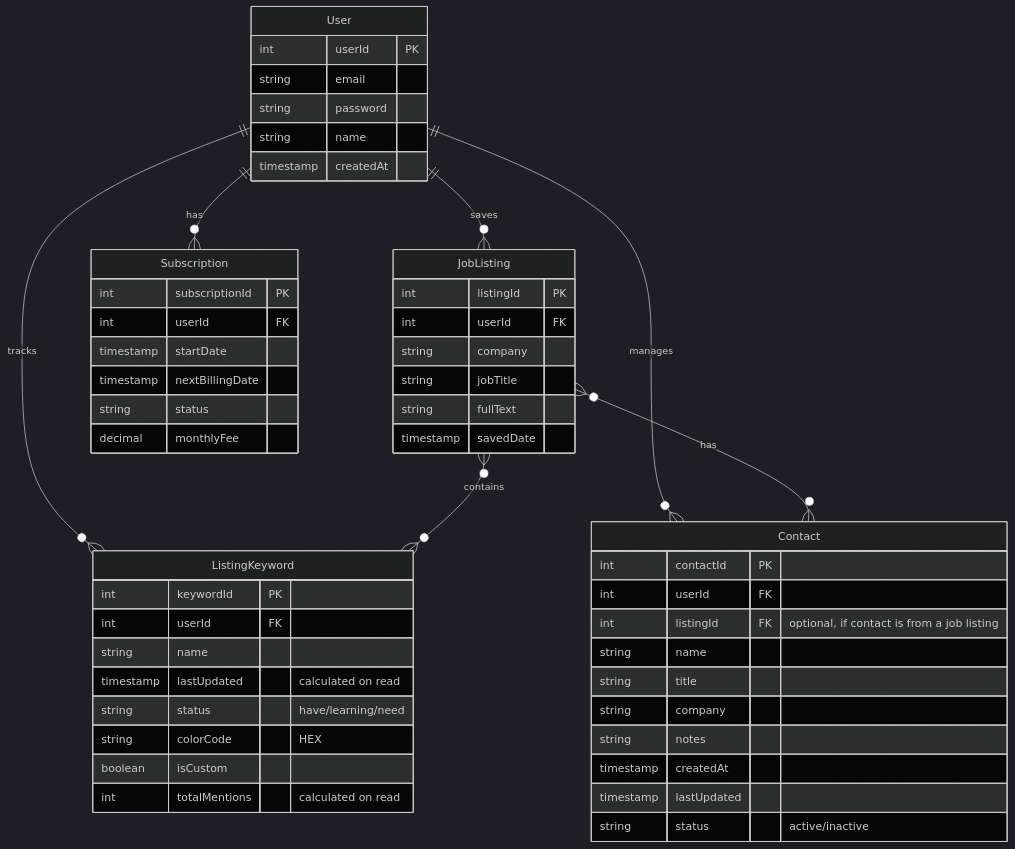
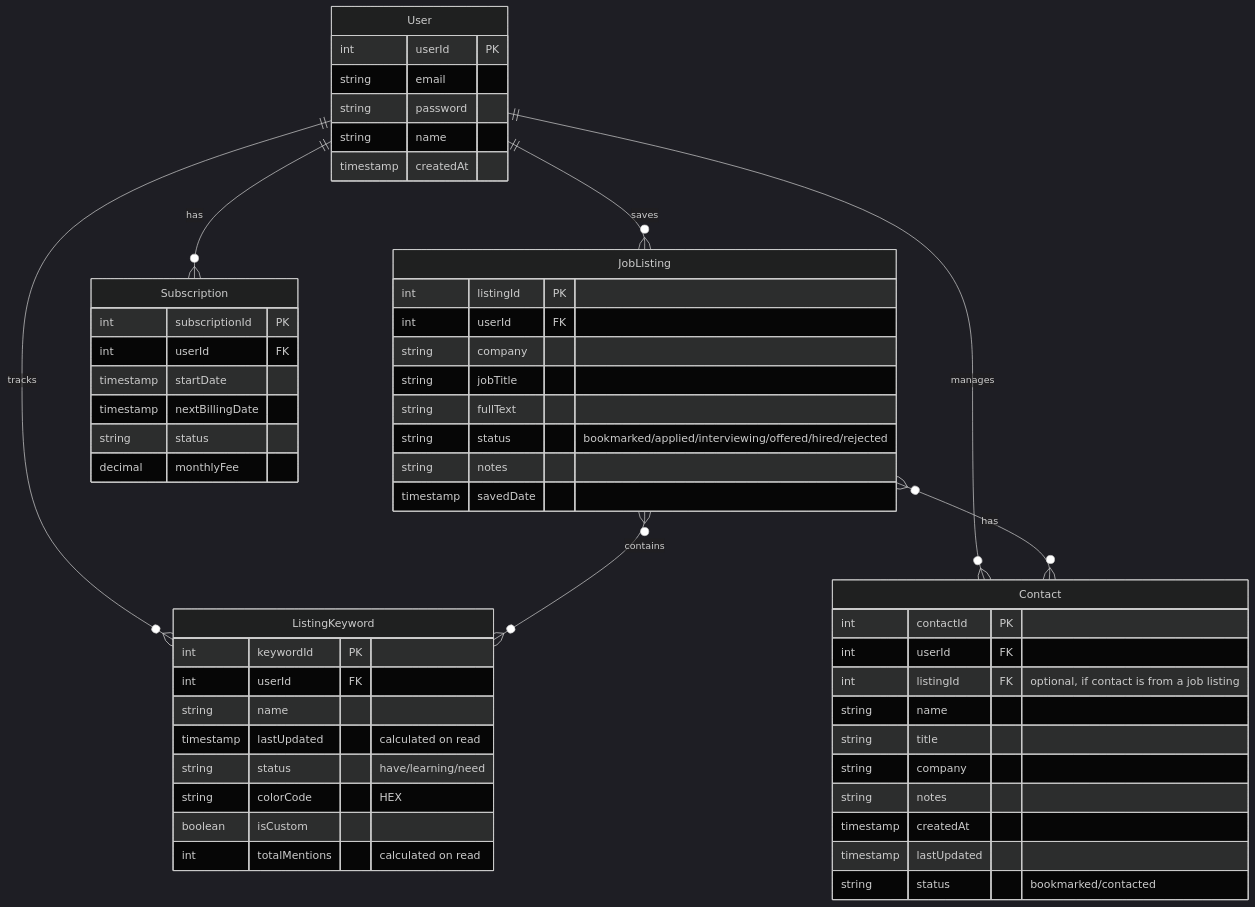
One commit to lmcrean/hoverboard-react changed the diagram in docs/docs/diagrams/ERD.md. Above: the diagram before and after it, drawn with Mermaid.

Commit message:
feat(docs): update ERD to include new status and notes fields
- Add 'status' field with values "bookmarked/applied/interviewing/offered/hired/rejected" and 'notes' field to the JobListing entity in ERD.md.
- Modify the 'status' field for the UserKeyword entity to "bookmarked/contacted" for better representation of user interactions.
- These updates enhance the clarity and detail of the data model documentation.

````diff
--- a/docs/docs/diagrams/ERD.md
+++ b/docs/docs/diagrams/ERD.md
@@ -3,60 +3,62 @@
 ```mermaid
 %%{init: {'theme': 'dark', 'themeVariables': { 'primaryTextColor': '#ffffff', 'primaryColor': '#ffffff', 'noteBkgColor': '#2b2b2b', 'noteTextColor': '#ffffff' }}}%%
 erDiagram
     User ||--o{ JobListing : saves
     User ||--o{ ListingKeyword : tracks
     User ||--o{ Subscription : has
     User ||--o{ Contact : manages
     JobListing }o--o{ ListingKeyword : contains
     JobListing }o--o{ Contact : has
     
     User {
         int userId PK
         string email
         string password
         string name
         timestamp createdAt
     }
     
     Subscription {
         int subscriptionId PK
         int userId FK
         timestamp startDate
         timestamp nextBillingDate
         string status
         decimal monthlyFee
     }
     
     JobListing {
         int listingId PK
         int userId FK
         string company
         string jobTitle
         string fullText
+        string status "bookmarked/applied/interviewing/offered/hired/rejected"
+        string notes
         timestamp savedDate
     }
     
     ListingKeyword {
         int keywordId PK
         int userId FK
         string name
         timestamp lastUpdated "calculated on read"
         string status "have/learning/need"
         string colorCode "HEX"
         boolean isCustom
         int totalMentions "calculated on read"
     }
 
     Contact {
         int contactId PK
         int userId FK
         int listingId FK "optional, if contact is from a job listing"
         string name
         string title
         string company
         string notes
         timestamp createdAt
         timestamp lastUpdated
-        string status "active/inactive"
+        string status "bookmarked/contacted"
     }
 ```
````
